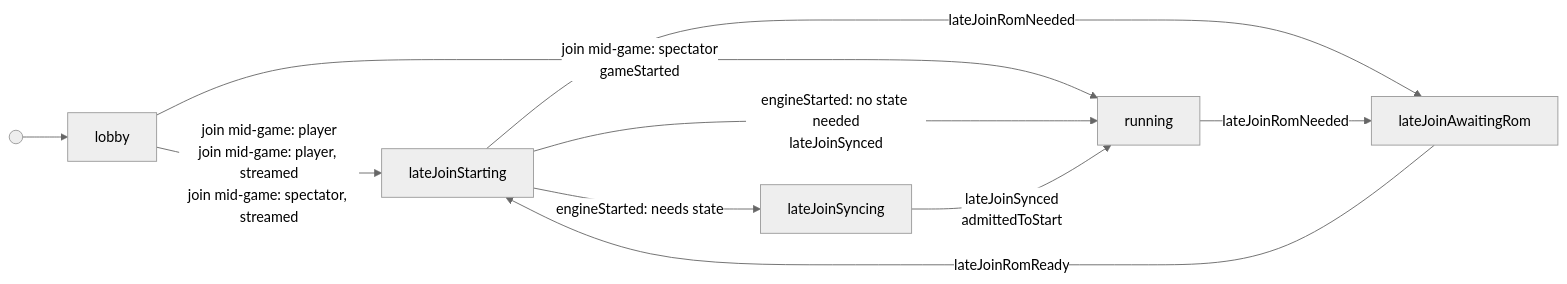
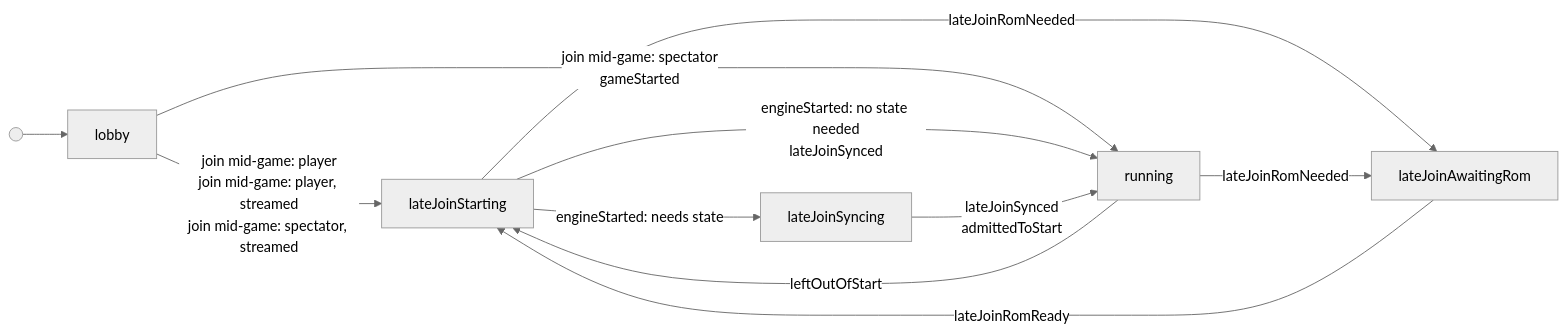
One commit to kwilson21/kaillera-next changed the first of 2 diagrams in docs/session-machine.md. Above: the diagram before and after it, drawn with Mermaid (neutral theme). The commit also changed 16 other files, not shown here.

````diff
--- a/docs/session-machine.md
+++ b/docs/session-machine.md
@@ -6,12 +6,13 @@
 ```mermaid
 flowchart LR
   start(( )) --> lobby
   lobby -->|"join mid-game: player<br/>join mid-game: player, streamed<br/>join mid-game: spectator, streamed"| lateJoinStarting
   lobby -->|"join mid-game: spectator<br/>gameStarted"| running
   lateJoinStarting -->|"lateJoinRomNeeded"| lateJoinAwaitingRom
   lateJoinStarting -->|"engineStarted: needs state"| lateJoinSyncing
   lateJoinStarting -->|"engineStarted: no state needed<br/>lateJoinSynced"| running
   running -->|"lateJoinRomNeeded"| lateJoinAwaitingRom
+  running -->|"leftOutOfStart"| lateJoinStarting
   lateJoinAwaitingRom -->|"lateJoinRomReady"| lateJoinStarting
   lateJoinSyncing -->|"lateJoinSynced<br/>admittedToStart"| running
 ```
````
